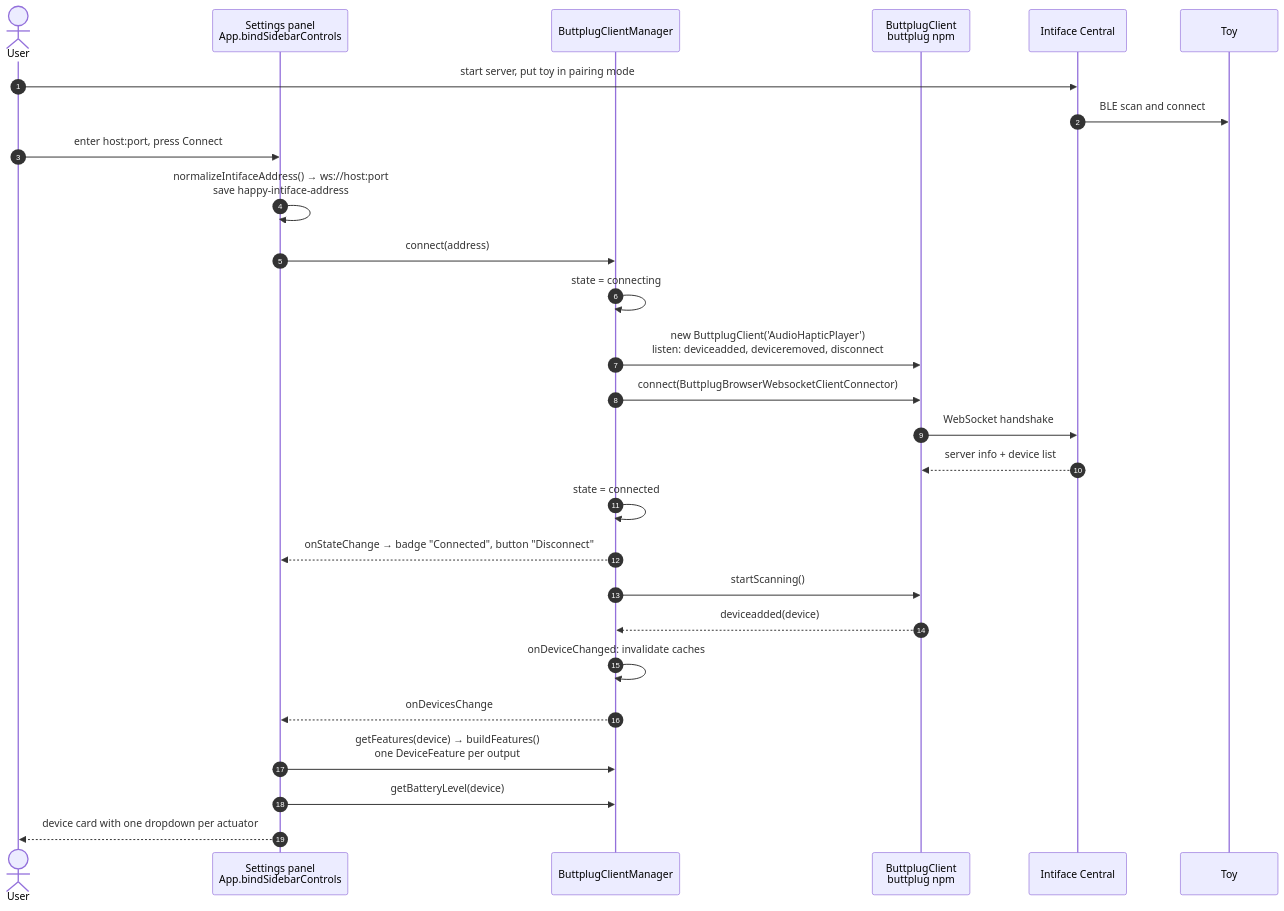
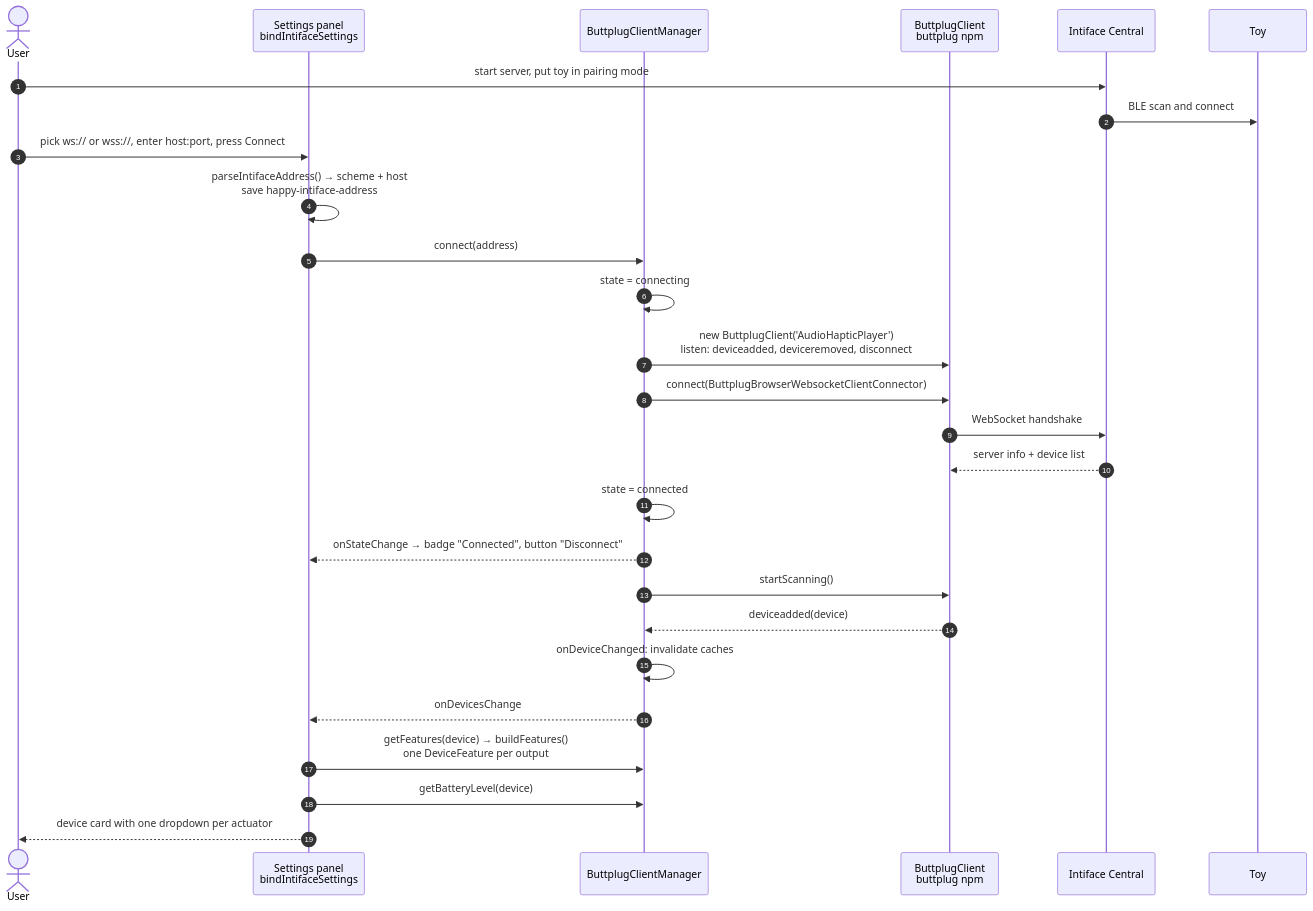
Before and after one commit to lumbar-spine-support/docker-haptic-player: the first of 3 diagrams in docs/developer/use-cases/intiface-pairing.md, drawn with Mermaid. The commit also changed other lines of this file and 52 other files, not shown here.

````diff
--- a/docs/developer/use-cases/intiface-pairing.md
+++ b/docs/developer/use-cases/intiface-pairing.md
@@ -11,30 +11,30 @@
 ```mermaid
 sequenceDiagram
   autonumber
   actor U as User
-  participant UI as Settings panel<br/>App.bindSidebarControls
+  participant UI as Settings panel<br/>bindIntifaceSettings
   participant BM as ButtplugClientManager
   participant BC as ButtplugClient<br/>buttplug npm
   participant IC as Intiface Central
   participant T as Toy
 
   U->>IC: start server, put toy in pairing mode
   IC->>T: BLE scan and connect
-  U->>UI: enter host:port, press Connect
-  UI->>UI: normalizeIntifaceAddress() → ws://host:port<br/>save happy-intiface-address
+  U->>UI: pick ws:// or wss://, enter host:port, press Connect
+  UI->>UI: parseIntifaceAddress() → scheme + host<br/>save happy-intiface-address
   UI->>BM: connect(address)
   BM->>BM: state = connecting
   BM->>BC: new ButtplugClient('AudioHapticPlayer')<br/>listen: deviceadded, deviceremoved, disconnect
   BM->>BC: connect(ButtplugBrowserWebsocketClientConnector)
   BC->>IC: WebSocket handshake
   IC-->>BC: server info + device list
   BM->>BM: state = connected
   BM-->>UI: onStateChange → badge "Connected", button "Disconnect"
   BM->>BC: startScanning()
   BC-->>BM: deviceadded(device)
   BM->>BM: onDeviceChanged: invalidate caches
   BM-->>UI: onDevicesChange
   UI->>BM: getFeatures(device) → buildFeatures()<br/>one DeviceFeature per output
   UI->>BM: getBatteryLevel(device)
   UI-->>U: device card with one dropdown per actuator
 ```
````
